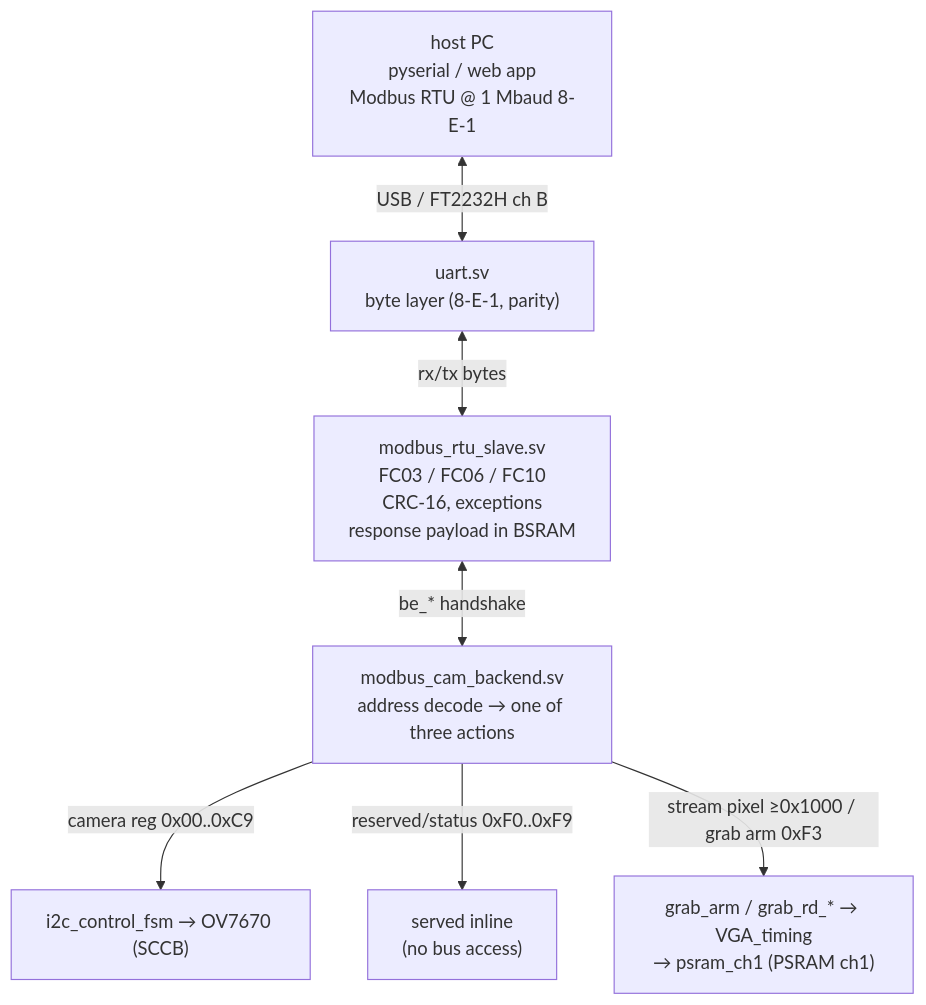
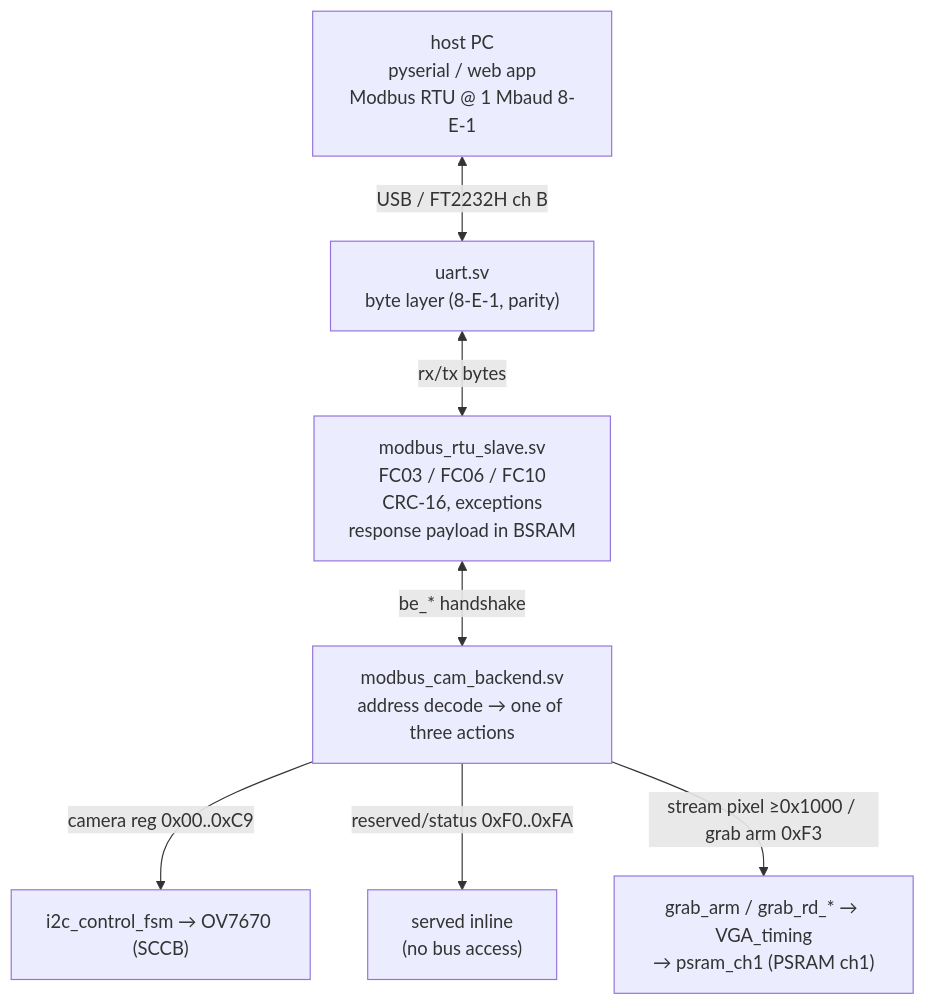
One commit to phoenix367/tang_nano_9K_ov7670 changed the first of 3 diagrams in doc/modbus_server.md. Above: the diagram before and after it, drawn with Mermaid. The commit also changed other lines of this file and 9 other files, not shown here.

````diff
--- a/doc/modbus_server.md
+++ b/doc/modbus_server.md
@@ -19,17 +19,17 @@
 ```mermaid
 flowchart TB
     HOST["host PC<br/>pyserial / web app<br/>Modbus RTU @ 1 Mbaud 8-E-1"]
     UART["uart.sv<br/>byte layer (8-E-1, parity)"]
     SLAVE["modbus_rtu_slave.sv<br/>FC03 / FC06 / FC10<br/>CRC-16, exceptions<br/>response payload in BSRAM"]
     BE["modbus_cam_backend.sv<br/>address decode → one of three actions"]
     I2C["i2c_control_fsm → OV7670 (SCCB)"]
     RES["served inline<br/>(no bus access)"]
     CH1["grab_arm / grab_rd_* → VGA_timing<br/>→ psram_ch1 (PSRAM ch1)"]
 
     HOST <-->|"USB / FT2232H ch B"| UART
     UART <-->|"rx/tx bytes"| SLAVE
     SLAVE <-->|"be_* handshake"| BE
     BE -->|"camera reg 0x00..0xC9"| I2C
-    BE -->|"reserved/status 0xF0..0xF9"| RES
+    BE -->|"reserved/status 0xF0..0xFA"| RES
     BE -->|"stream pixel ≥0x1000 / grab arm 0xF3"| CH1
 ```
````
